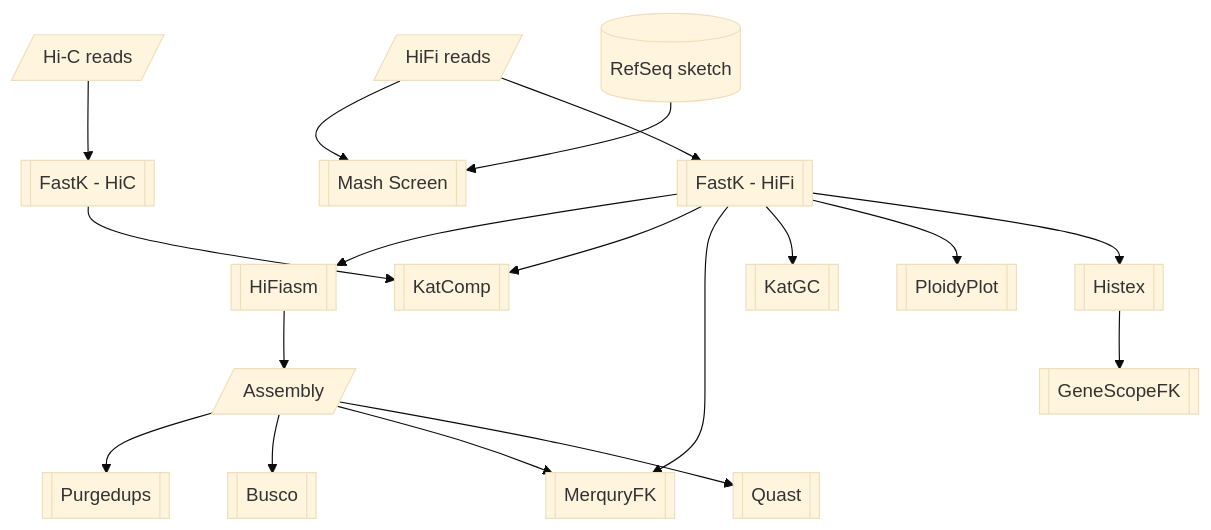
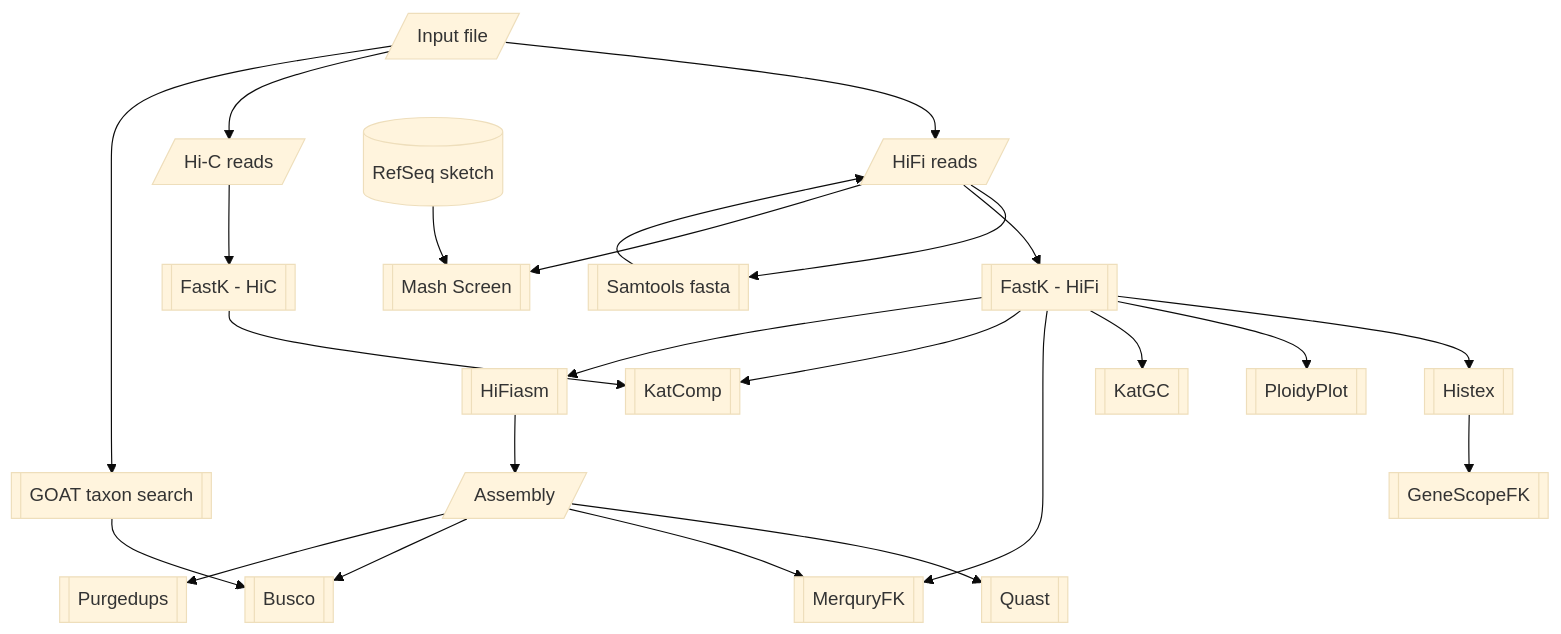
Before and after one commit to NBISweden/Earth-Biogenome-Project-pilot: the second of 2 diagrams in README.md, drawn with Mermaid (base theme). The commit also changed other lines of this file, not shown here.

Commit message:
Update README sample sheet example and pipeline diagram

````diff
--- a/README.md
+++ b/README.md
@@ -23,20 +23,26 @@
 ```mermaid
 flowchart TD
+    input[/ Input file/] --> hifi
+    input --> hic
+    input --> goat_taxon[[ GOAT taxon search ]]
+    goat_taxon --> busco
+    hifi --> samtools_fa[[ Samtools fasta ]]
+    samtools_fa --> hifi
     hifi[/ HiFi reads /] --> fastk_hifi[[ FastK - HiFi ]]
     hic[/ Hi-C reads /] --> fastk_hic[[ FastK - HiC ]]
     assembly[/ Assembly /] --> quast[[ Quast ]]
     fastk_hifi --> histex[[ Histex ]]
     histex --> genescopefk[[ GeneScopeFK ]]
     fastk_hifi --> ploidyplot[[ PloidyPlot ]]
     fastk_hifi --> katgc[[ KatGC ]]
     fastk_hifi --> merquryfk[[ MerquryFK ]]
     assembly --> merquryfk
     fastk_hifi --> katcomp[[ KatComp ]]
     fastk_hic --> katcomp
     assembly --> busco[[ Busco ]]
     refseq_sketch[( RefSeq sketch )] --> mash_screen[[ Mash Screen ]]
     hifi --> mash_screen
     fastk_hifi --> hifiasm[[ HiFiasm ]]
     hifiasm --> assembly
     assembly --> purgedups[[ Purgedups ]]
 ```
````
